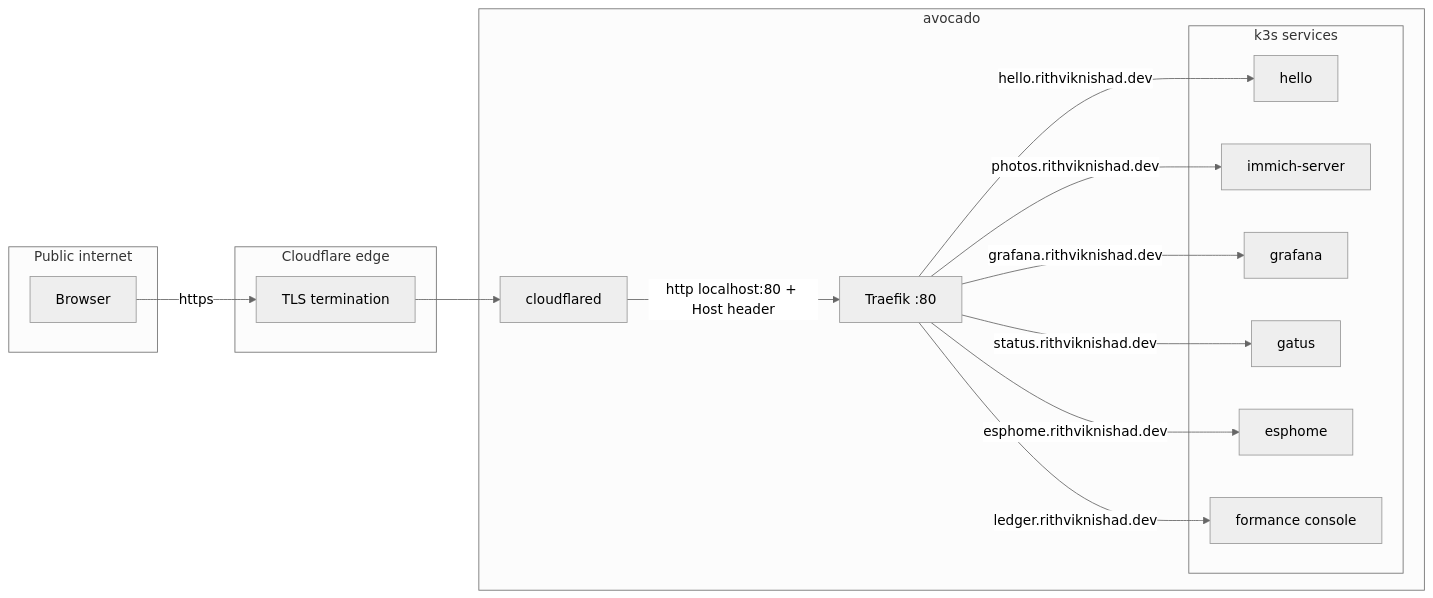
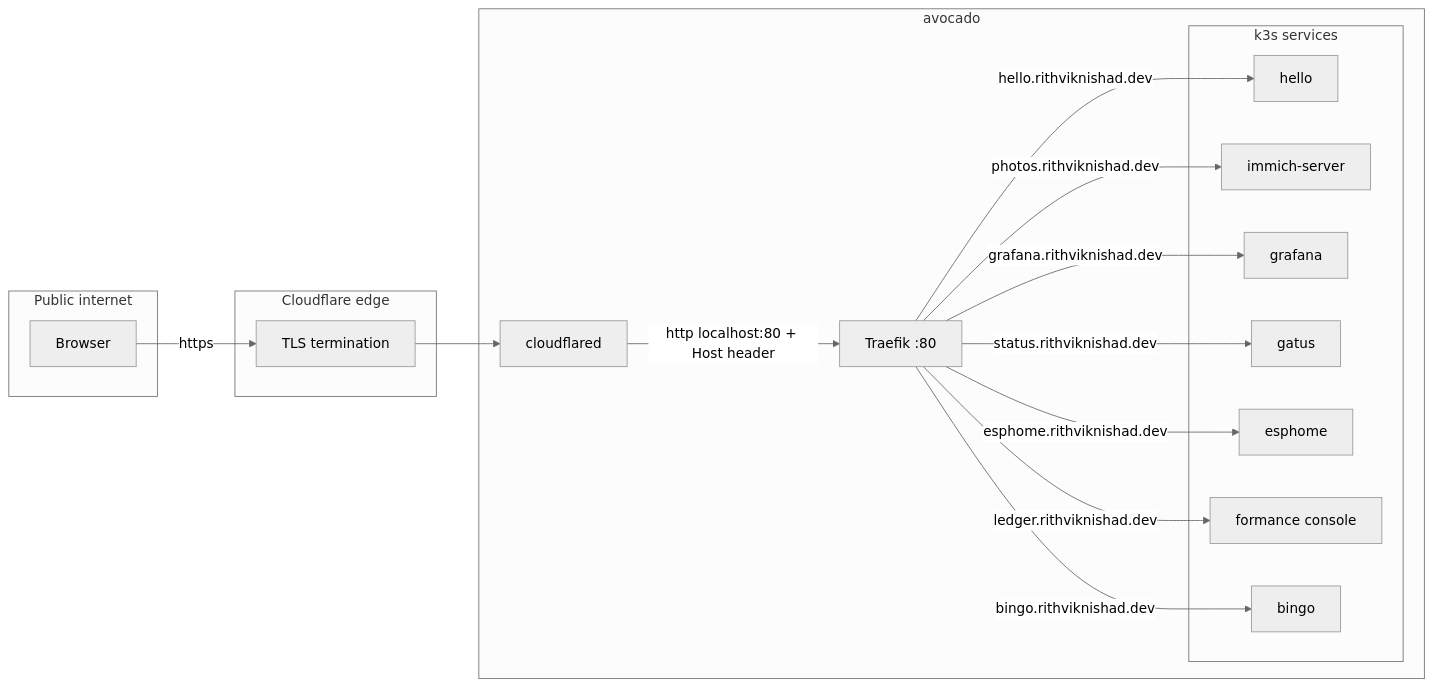
The diagram in docs/networking.md (rithviknishad/systems.nix), drawn with Mermaid (neutral theme) before and after one commit. The commit also changed other lines of this file and 11 other files, not shown here.

````diff
--- a/docs/networking.md
+++ b/docs/networking.md
@@ -51,30 +51,32 @@
 ```mermaid
 flowchart LR
     subgraph internet[Public internet]
         user[Browser]
     end
     subgraph cf[Cloudflare edge]
         tls[TLS termination]
     end
     subgraph box[avocado]
         cd[cloudflared]
         traefik[Traefik :80]
         subgraph k8s[k3s services]
             hello[hello]
             immich[immich-server]
             grafana[grafana]
             gatus[gatus]
             esphome[esphome]
             ledger[formance console]
+            bingo[bingo]
         end
     end
 
     user -->|https| tls --> cd
     cd -->|http localhost:80 + Host header| traefik
     traefik -->|hello.rithviknishad.dev| hello
     traefik -->|photos.rithviknishad.dev| immich
     traefik -->|grafana.rithviknishad.dev| grafana
     traefik -->|status.rithviknishad.dev| gatus
     traefik -->|esphome.rithviknishad.dev| esphome
     traefik -->|ledger.rithviknishad.dev| ledger
+    traefik -->|bingo.rithviknishad.dev| bingo
 ```
````
